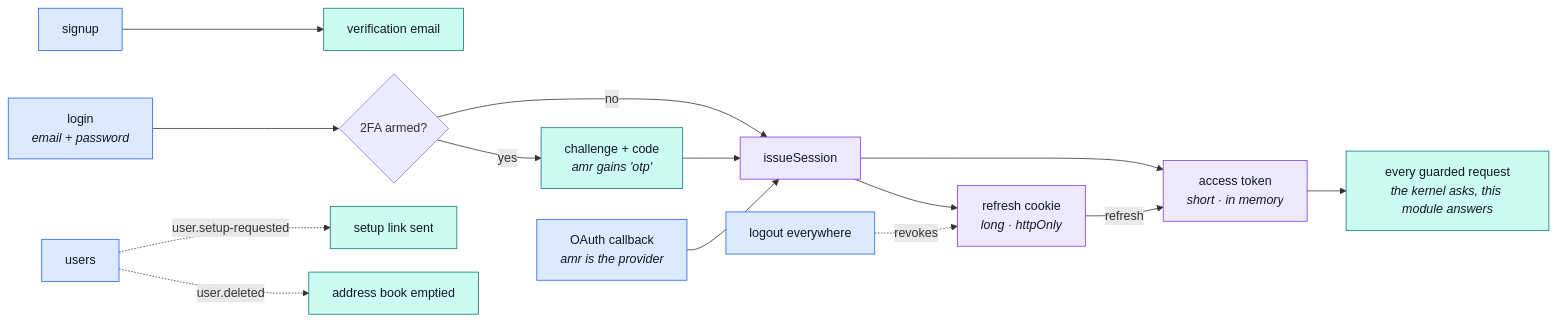
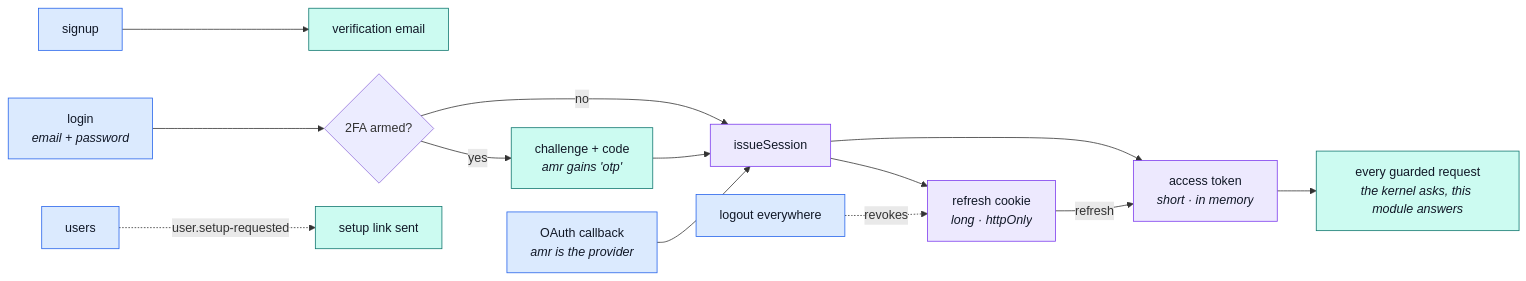
The second of 3 diagrams in docs/modules/account.md (Guebbit/boilerplate-node-backend), drawn with Mermaid before and after one commit. The commit also changed other lines of this file and 48 other files, not shown here.

First line of the commit message:
refactor(addresses): give the address book its own module, so nothing depends on account

````diff
--- a/docs/modules/account.md
+++ b/docs/modules/account.md
@@ -91,24 +87,23 @@
 ```mermaid
 %%{init: {'flowchart': {'nodeSpacing': 30, 'rankSpacing': 50}}}%%
 flowchart LR
     S["signup"] --> V["verification email"]
     L["login<br/><i>email + password</i>"] --> Q{"2FA armed?"}
     Q -->|no| IS
     Q -->|yes| CH["challenge + code<br/><i>amr gains 'otp'</i>"]
     CH --> IS
     OA["OAuth callback<br/><i>amr is the provider</i>"] --> IS
     IS["issueSession"] --> T["access token<br/><i>short · in memory</i>"]
     IS --> RC["refresh cookie<br/><i>long · httpOnly</i>"]
     RC -->|refresh| T
     T --> G["every guarded request<br/><i>the kernel asks, this module answers</i>"]
     LO["logout everywhere"] -.->|revokes| RC
     US["users"] -. "user.setup-requested" .-> SU["setup link sent"]
-    US -. "user.deleted" .-> AB["address book emptied"]
 
     classDef entry fill:#dbeafe,stroke:#2563eb,color:#111827;
     classDef token fill:#ede9fe,stroke:#7c3aed,color:#111827;
     classDef done fill:#ccfbf1,stroke:#0f766e,color:#111827;
     class S,L,LO,US,OA entry;
     class T,RC,IS token;
-    class V,G,SU,AB,CH done;
+    class V,G,SU,CH done;
 ```
````
